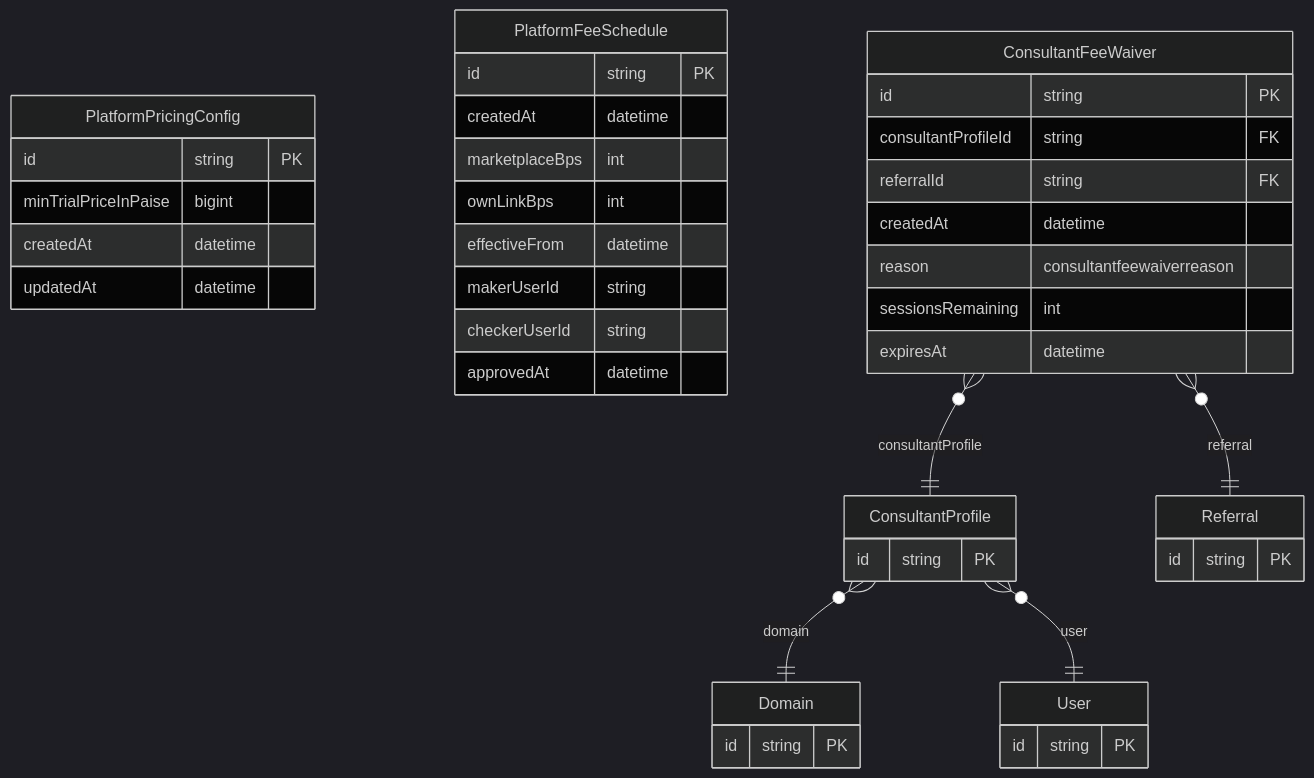
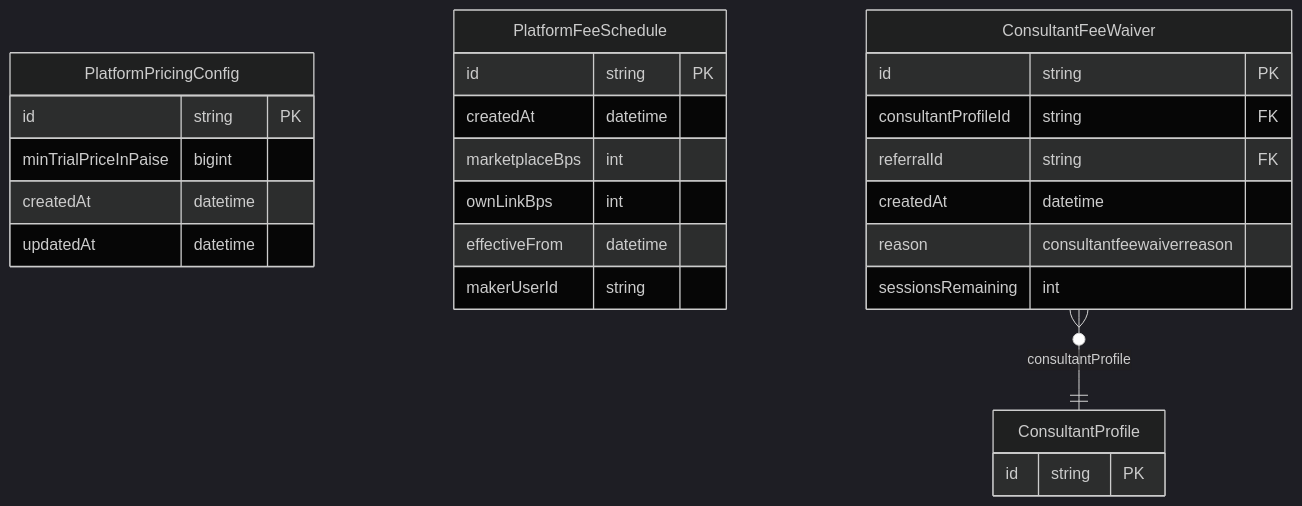
The second of 2 diagrams in docs/prisma/domains/05-payments-and-pricing.md (Practitionist/familiarise_web), drawn with Mermaid (dark theme) before and after one commit. The commit also changed other lines of this file and 14 other files, not shown here.

````diff
--- a/docs/prisma/domains/05-payments-and-pricing.md
+++ b/docs/prisma/domains/05-payments-and-pricing.md
@@ -151,44 +111,29 @@
 ```mermaid
 erDiagram
     PlatformPricingConfig {
         id string PK
         minTrialPriceInPaise bigint
         createdAt datetime
         updatedAt datetime
     }
     PlatformFeeSchedule {
         id string PK
         createdAt datetime
         marketplaceBps int
         ownLinkBps int
         effectiveFrom datetime
         makerUserId string
-        checkerUserId string
-        approvedAt datetime
     }
     ConsultantFeeWaiver {
         id string PK
         consultantProfileId string FK
         referralId string FK
         createdAt datetime
         reason consultantfeewaiverreason
         sessionsRemaining int
-        expiresAt datetime
     }
     ConsultantProfile {
         id string PK
     }
-    Referral {
-        id string PK
-    }
-    Domain {
-        id string PK
-    }
-    User {
-        id string PK
-    }
     ConsultantFeeWaiver }o--|| ConsultantProfile : "consultantProfile"
-    ConsultantFeeWaiver }o--|| Referral : "referral"
-    ConsultantProfile }o--|| Domain : "domain"
-    ConsultantProfile }o--|| User : "user"
 ```
````
